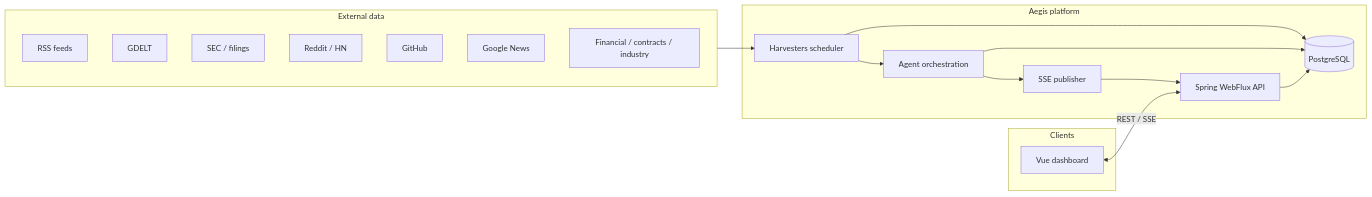
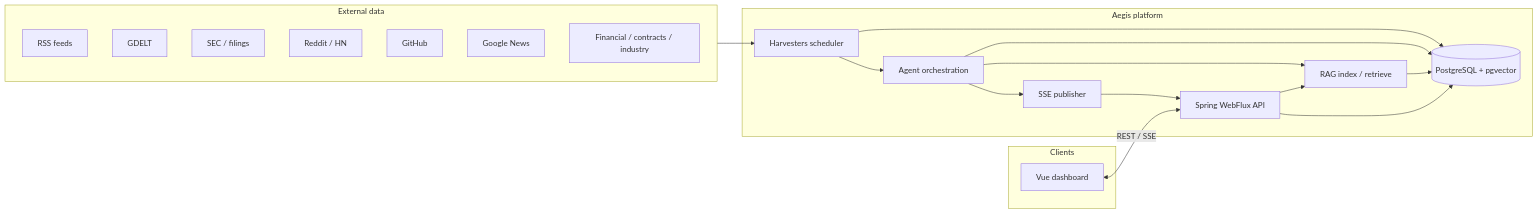
The first of 7 diagrams in README.md (vishtechie07/aegis-intelligence-dashboard), drawn with Mermaid before and after one commit. The commit also changed other lines of this file, not shown here.

First line of the commit message:
docs: align README intro and architecture with RAG capabilities

````diff
--- a/README.md
+++ b/README.md
@@ -98,33 +101,37 @@
 ```mermaid
 flowchart LR
   subgraph Sources["External data"]
     RSS[RSS feeds]
     GDELT[GDELT]
     SEC[SEC / filings]
     SOCIAL[Reddit / HN]
     GH[GitHub]
     GNEWS[Google News]
     FIN[Financial / contracts / industry]
   end
 
   subgraph Aegis["Aegis platform"]
     H[Harvesters scheduler]
-    PG[(PostgreSQL)]
+    PG[(PostgreSQL + pgvector)]
     ORCH[Agent orchestration]
+    RAG[RAG index / retrieve]
     API[Spring WebFlux API]
     SSE[SSE publisher]
   end
 
   subgraph Clients["Clients"]
     UI[Vue dashboard]
   end
 
   Sources --> H
   H --> PG
   H --> ORCH
   ORCH --> PG
+  ORCH --> RAG
+  RAG --> PG
   ORCH --> SSE
   API --> PG
+  API --> RAG
   SSE --> API
   UI <-- REST / SSE --> API
 ```
````
